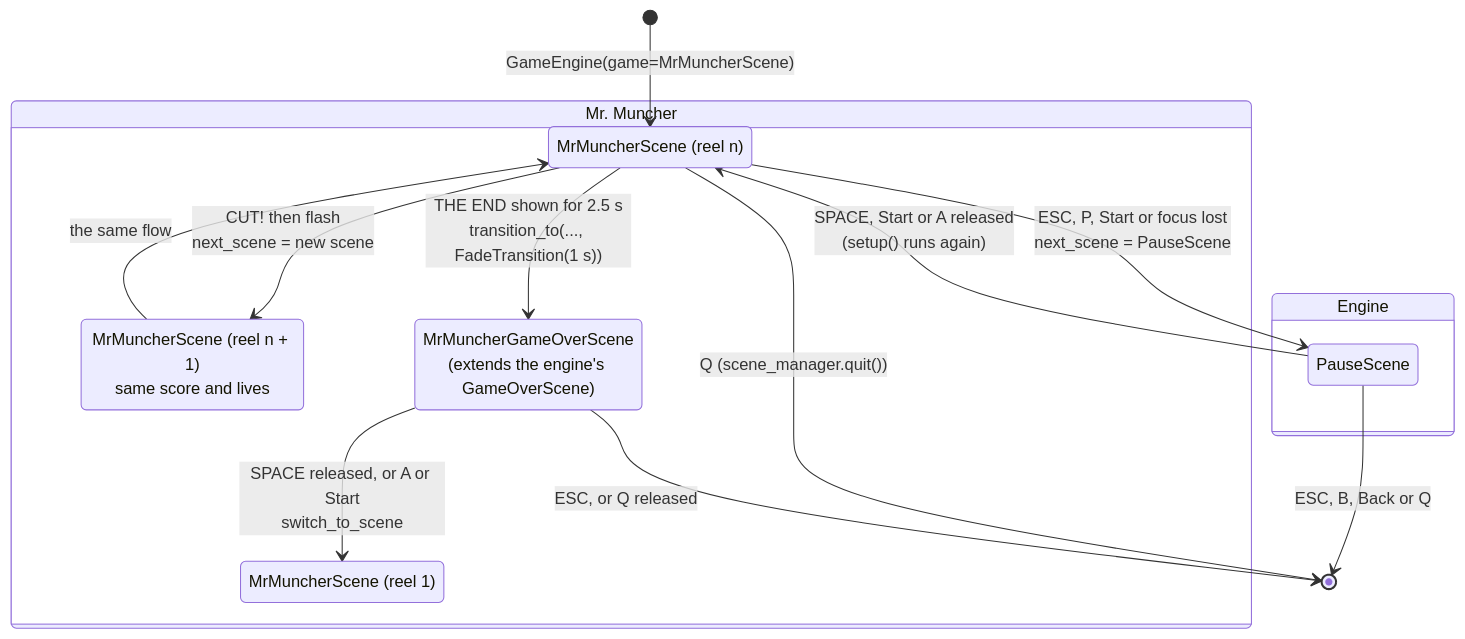
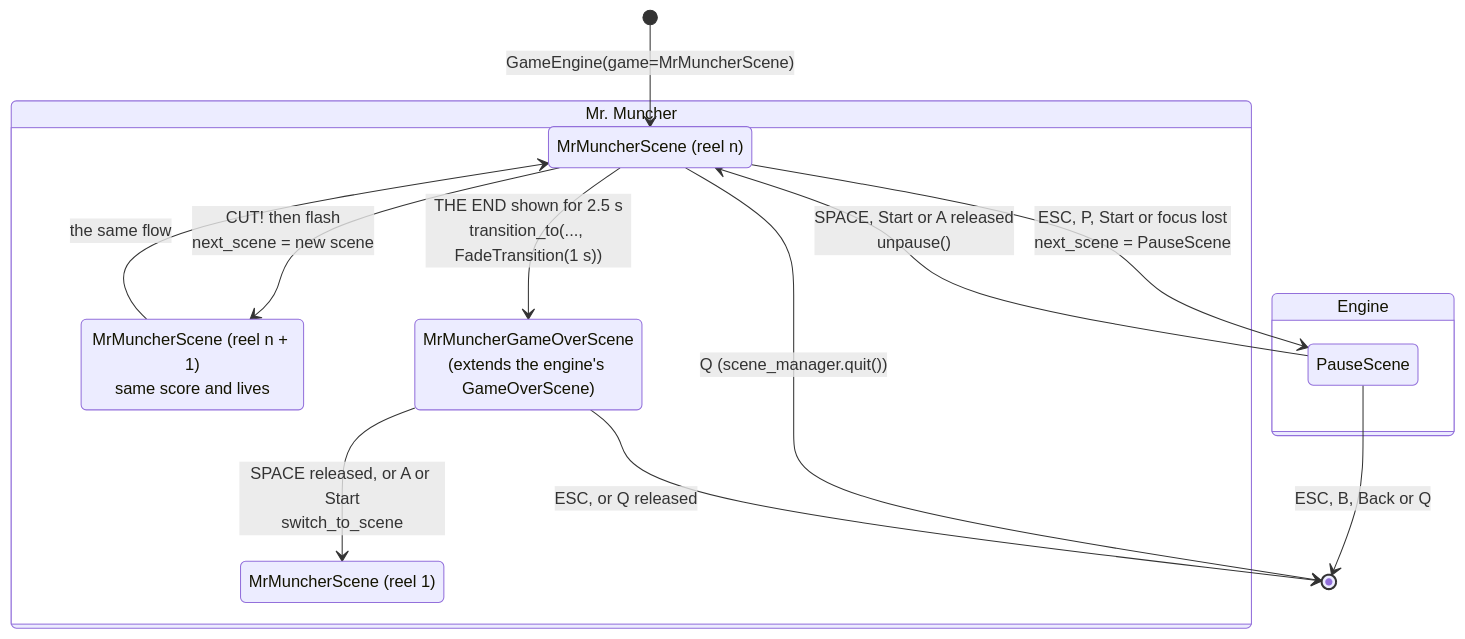
The first of 7 diagrams in docs/games/mr_muncher.md (terrysimons/glitchygames), drawn with Mermaid before and after one commit. The commit also changed other lines of this file and 29 other files, not shown here.

Commit message:
Pausing a scene is not leaving it: Scene.unpause(), and setup() and cleanup() run once (#333)

````diff
--- a/docs/games/mr_muncher.md
+++ b/docs/games/mr_muncher.md
@@ -126,23 +126,23 @@
 ```mermaid
 stateDiagram-v2
     direction TB
     [*] --> Reel : GameEngine(game=MrMuncherScene)
     state "Mr. Muncher" as MrMuncherScenes {
         Reel : MrMuncherScene (reel n)
         NextReel : MrMuncherScene (reel n + 1)<br/>same score and lives
         GameOver : MrMuncherGameOverScene<br/>(extends the engine's GameOverScene)
         NewGame : MrMuncherScene (reel 1)
     }
     state "Engine" as EngineScenes {
         Pause : PauseScene
     }
     Reel --> Pause : ESC, P, Start or focus lost<br/>next_scene = PauseScene
-    Pause --> Reel : SPACE, Start or A released<br/>(setup() runs again)
+    Pause --> Reel : SPACE, Start or A released<br/>unpause()
     Reel --> NextReel : CUT! then flash<br/>next_scene = new scene
     NextReel --> Reel : the same flow
     Reel --> GameOver : THE END shown for 2.5 s<br/>transition_to(..., FadeTransition(1 s))
     GameOver --> NewGame : SPACE released, or A or Start<br/>switch_to_scene
     Reel --> [*] : Q (scene_manager.quit())
     Pause --> [*] : ESC, B, Back or Q
     GameOver --> [*] : ESC, or Q released
 ```
````
